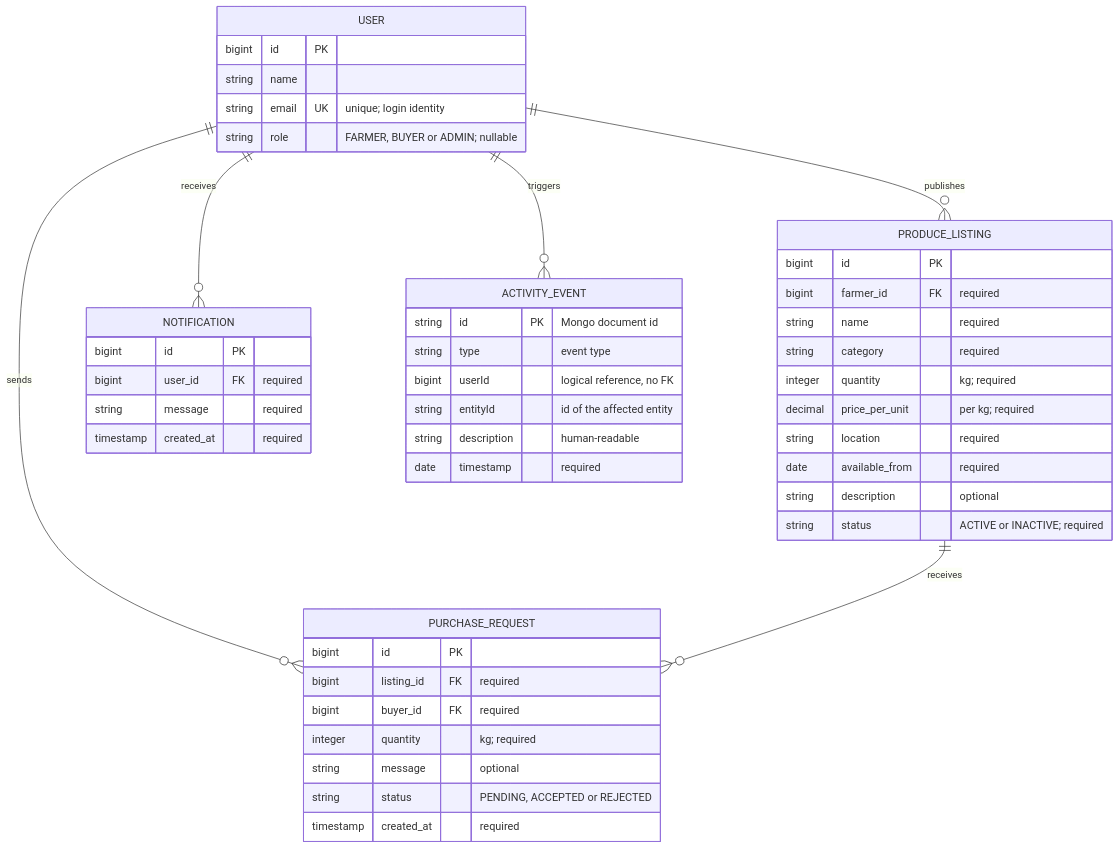
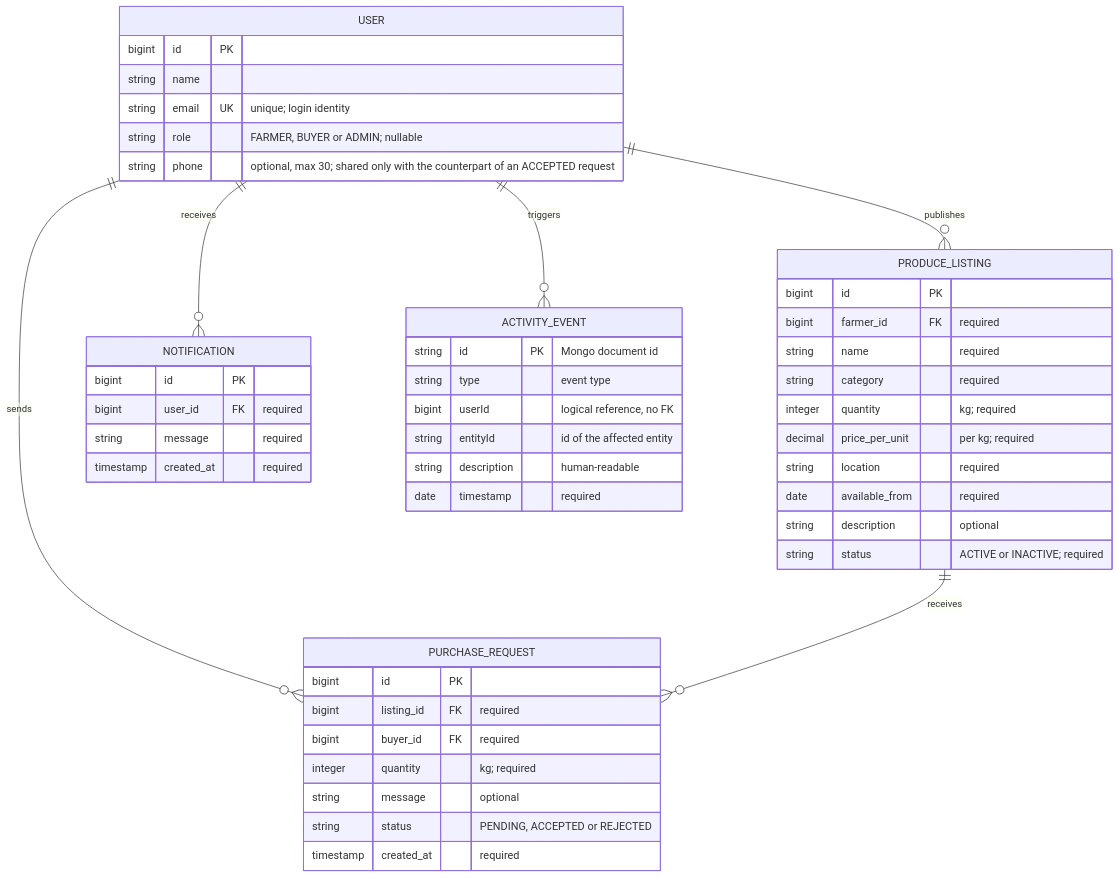
Before and after one commit to Liesse205/FarmLink: the diagram in docs/data-model.md, drawn with Mermaid. The commit also changed other lines of this file and 19 other files, not shown here.

````diff
--- a/docs/data-model.md
+++ b/docs/data-model.md
@@ -38,50 +38,51 @@
 ```mermaid
 erDiagram
     USER ||--o{ PRODUCE_LISTING : publishes
     USER ||--o{ PURCHASE_REQUEST : sends
     PRODUCE_LISTING ||--o{ PURCHASE_REQUEST : receives
     USER ||--o{ NOTIFICATION : receives
     USER ||--o{ ACTIVITY_EVENT : triggers
 
     USER {
         bigint id PK
         string name
         string email UK "unique; login identity"
         string role "FARMER, BUYER or ADMIN; nullable"
+        string phone "optional, max 30; shared only with the counterpart of an ACCEPTED request"
     }
     PRODUCE_LISTING {
         bigint id PK
         bigint farmer_id FK "required"
         string name "required"
         string category "required"
         integer quantity "kg; required"
         decimal price_per_unit "per kg; required"
         string location "required"
         date available_from "required"
         string description "optional"
         string status "ACTIVE or INACTIVE; required"
     }
     PURCHASE_REQUEST {
         bigint id PK
         bigint listing_id FK "required"
         bigint buyer_id FK "required"
         integer quantity "kg; required"
         string message "optional"
         string status "PENDING, ACCEPTED or REJECTED"
         timestamp created_at "required"
     }
     NOTIFICATION {
         bigint id PK
         bigint user_id FK "required"
         string message "required"
         timestamp created_at "required"
     }
     ACTIVITY_EVENT {
         string id PK "Mongo document id"
         string type "event type"
         bigint userId "logical reference, no FK"
         string entityId "id of the affected entity"
         string description "human-readable"
         date timestamp "required"
     }
 ```
````
